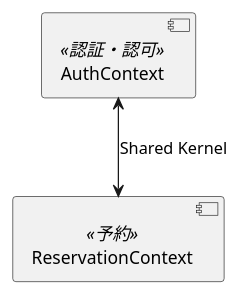
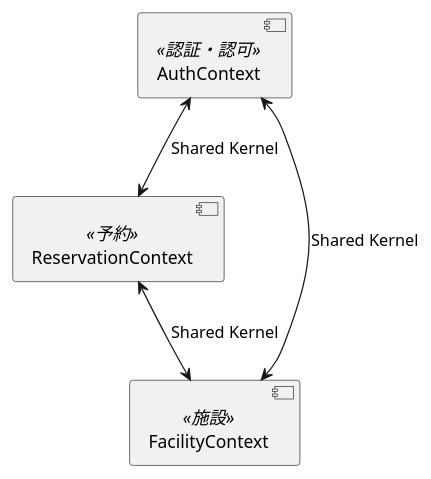
One commit to k2works/case-study-mrs changed diagram 17 of 24 in docs/index.adoc. Above: the diagram before and after it, drawn with PlantUML. The commit also changed other lines of this file and 11 other files, not shown here.

```diff
--- a/docs/index.adoc
+++ b/docs/index.adoc
@@ -552,9 +552,14 @@
 [plantuml]
 ----
 skinparam componentStyle uml2
 
 component [AuthContext] <<認証・認可>>
 component [ReservationContext] <<予約>>
+component [FacilityContext] <<施設>>
 
 [AuthContext]<-->[ReservationContext] : Shared Kernel
+
+[AuthContext]<-->[FacilityContext] : Shared Kernel
+
+[ReservationContext]<-->[FacilityContext] : Shared Kernel
 ----
```
